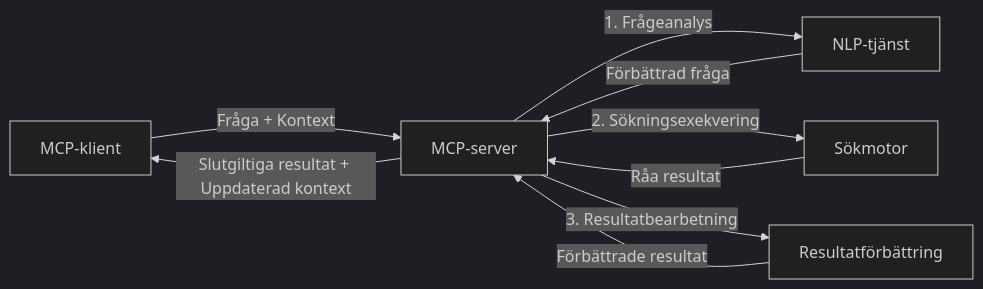
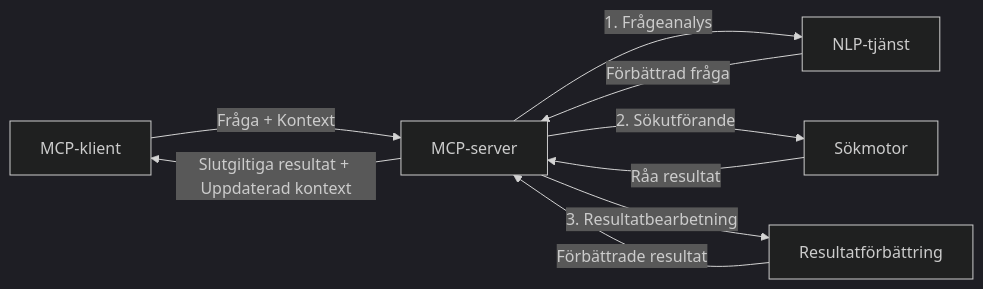
One commit to microsoft/mcp-for-beginners changed the fourth of 4 diagrams in translations/sv/05-AdvancedTopics/mcp-realtimesearch/README.md. Above: the diagram before and after it, drawn with Mermaid (dark theme). The commit also changed other lines of this file and 148 other files, not shown here.

````diff
--- a/translations/sv/05-AdvancedTopics/mcp-realtimesearch/README.md
+++ b/translations/sv/05-AdvancedTopics/mcp-realtimesearch/README.md
@@ -626,11 +628,11 @@
 ```mermaid
 graph LR
     Client[MCP-klient] --> |Fråga + Kontext| Server[MCP-server]
     Server --> |1. Frågeanalys| NLP[NLP-tjänst]
     NLP --> |Förbättrad fråga| Server
-    Server --> |2. Sökningsexekvering| Search[Sökmotor]
+    Server --> |2. Sökutförande| Search[Sökmotor]
     Search --> |Råa resultat| Server
     Server --> |3. Resultatbearbetning| Enhancement[Resultatförbättring]
     Enhancement --> |Förbättrade resultat| Server
     Server --> |Slutgiltiga resultat + Uppdaterad kontext| Client
 ```
````
